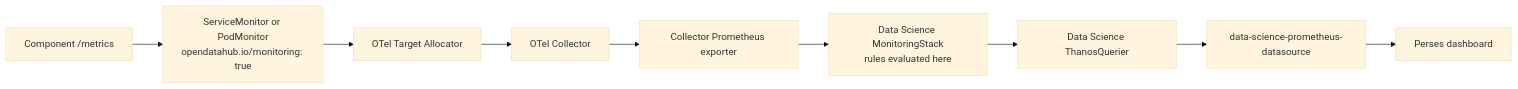
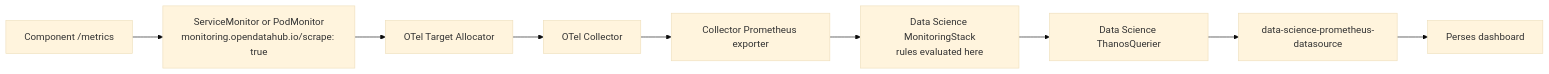
One commit to opendatahub-io/architecture-decision-records changed the diagram in architecture-decision-records/operator/ODH-ADR-Operator-0020-component-recording-rules-on-monitoringstack.md. Above: the diagram before and after it, drawn with Mermaid (base theme). The commit also changed other lines of this file, not shown here.

Commit message:
docs(operator): align ADR-0020 selector with modular monitoring

````diff
--- a/architecture-decision-records/operator/ODH-ADR-Operator-0020-component-recording-rules-on-monitoringstack.md
+++ b/architecture-decision-records/operator/ODH-ADR-Operator-0020-component-recording-rules-on-monitoringstack.md
@@ -80,11 +80,11 @@
 ```mermaid
 graph LR
-    A[Component /metrics] --> B[ServiceMonitor or PodMonitor<br/>opendatahub.io/monitoring: true]
+    A[Component /metrics] --> B[ServiceMonitor or PodMonitor<br/>monitoring.opendatahub.io/scrape: true]
     B --> C[OTel Target Allocator]
     C --> D[OTel Collector]
     D --> E[Collector Prometheus exporter]
     E --> F[Data Science MonitoringStack<br/>rules evaluated here]
     F --> G[Data Science ThanosQuerier]
     G --> H[data-science-prometheus-datasource]
     H --> I[Perses dashboard]
 ```
````
